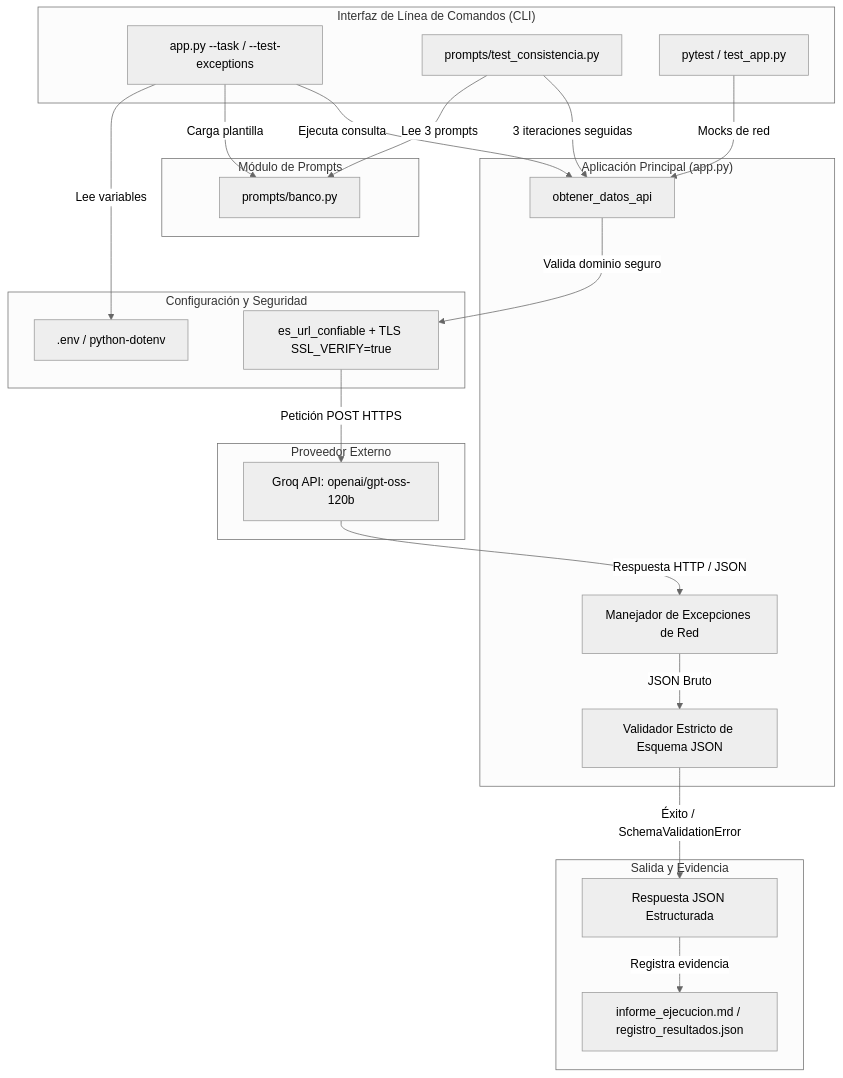
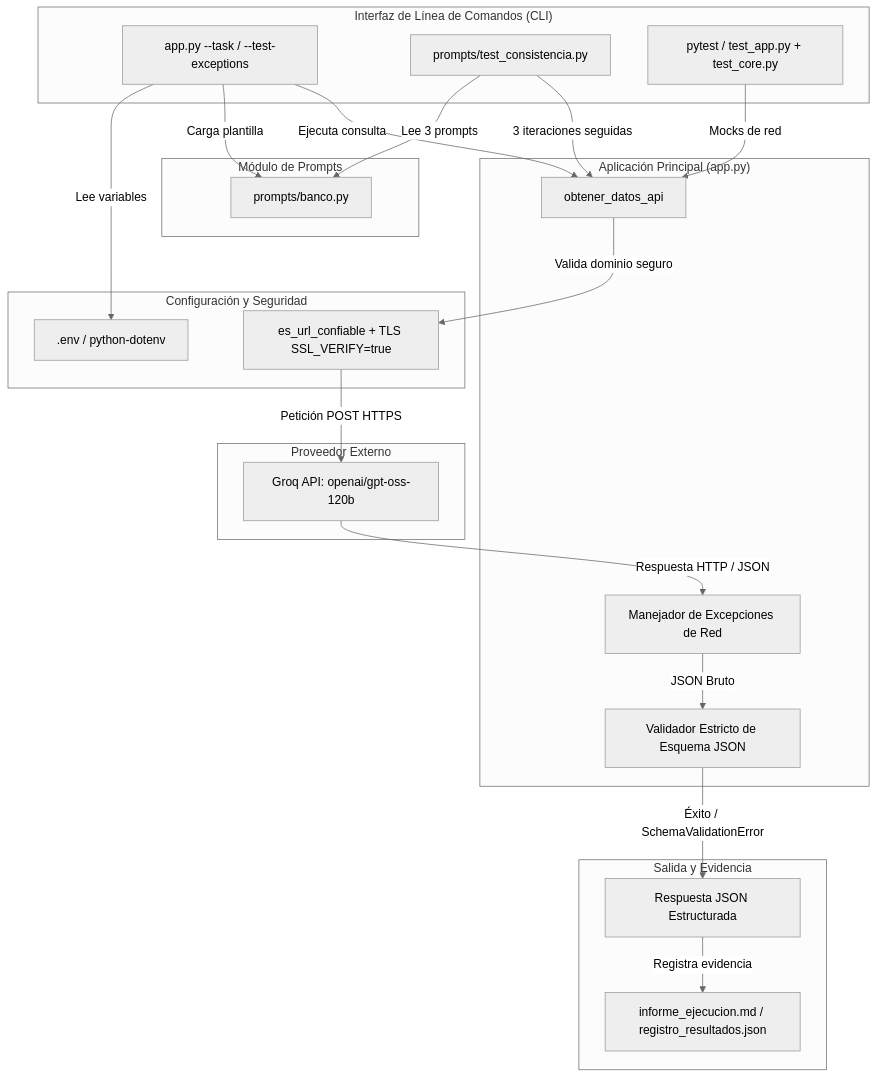
The first of 2 diagrams in README.md (cfpdiaz/practicas_de_git), drawn with Mermaid (neutral theme) before and after one commit. The commit also changed other lines of this file and 6 other files, not shown here.

````diff
--- a/README.md
+++ b/README.md
@@ -112,49 +113,49 @@
 ```mermaid
 flowchart TD
     subgraph Entrada ["Interfaz de Línea de Comandos (CLI)"]
         CLI["app.py --task / --test-exceptions"]
         CONSISTENCY["prompts/test_consistencia.py"]
-        TESTS["pytest / test_app.py"]
+        TESTS["pytest / test_app.py + test_core.py"]
     end
 
     subgraph Config ["Configuración y Seguridad"]
         ENV[".env / python-dotenv"]
         SEC["es_url_confiable + TLS SSL_VERIFY=true"]
     end
 
     subgraph Prompts ["Módulo de Prompts"]
         BANK["prompts/banco.py"]
     end
 
     subgraph Core ["Aplicación Principal (app.py)"]
         FETCH["obtener_datos_api"]
         EX_HAND["Manejador de Excepciones de Red"]
         SCHEMA["Validador Estricto de Esquema JSON"]
     end
 
     subgraph External ["Proveedor Externo"]
         GROQ["Groq API: openai/gpt-oss-120b"]
     end
 
     subgraph Output ["Salida y Evidencia"]
         JSON_OUT["Respuesta JSON Estructurada"]
         REPORT["informe_ejecucion.md / registro_resultados.json"]
     end
 
     CLI -->|Lee variables| ENV
     CLI -->|Carga plantilla| BANK
     CONSISTENCY -->|Lee 3 prompts| BANK
     TESTS -->|Mocks de red| FETCH
 
     CLI -->|Ejecuta consulta| FETCH
     CONSISTENCY -->|3 iteraciones seguidas| FETCH
 
     FETCH -->|Valida dominio seguro| SEC
     SEC -->|Petición POST HTTPS| GROQ
 
     GROQ -->|Respuesta HTTP / JSON| EX_HAND
     EX_HAND -->|JSON Bruto| SCHEMA
 
     SCHEMA -->|Éxito / SchemaValidationError| JSON_OUT
     JSON_OUT -->|Registra evidencia| REPORT
 ```
````
